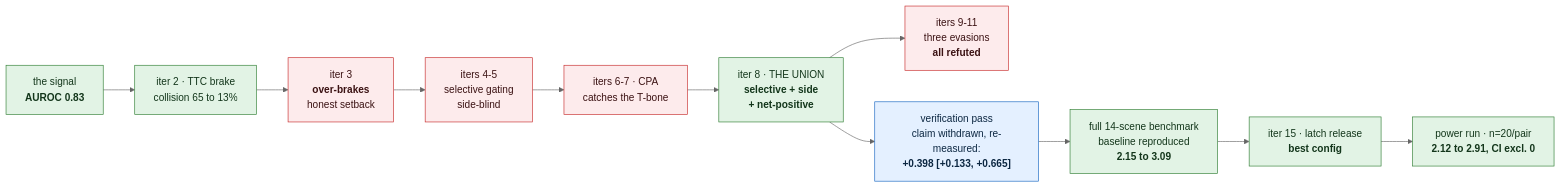
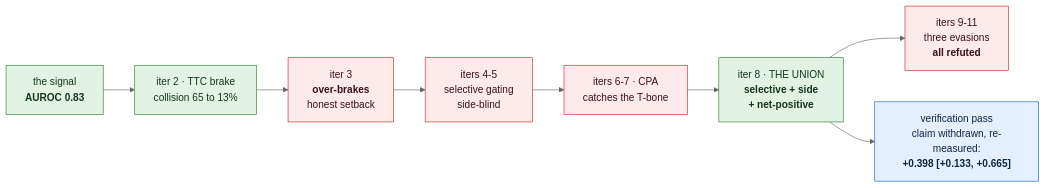
One commit to manfromnowhere143/sentinel changed the first of 4 diagrams in README.md. Above: the diagram before and after it, drawn with Mermaid (neutral theme). The commit also changed other lines of this file, not shown here.

Commit message:
readme: two-act campaign diagram covering iterations 12-17, status paragraph on the definitive n=20 numbers, pre-registered bar marked met, repository map completed

````diff
--- a/README.md
+++ b/README.md
@@ -86,19 +86,16 @@
 ```mermaid
 flowchart LR
   G1["the signal<br/><b>AUROC 0.83</b>"] --> I2["iter 2 · TTC brake<br/>collision 65 to 13%"]
   I2 --> I3["iter 3<br/><b>over-brakes</b><br/>honest setback"]
   I3 --> I45["iters 4-5<br/>selective gating<br/>side-blind"]
   I45 --> I67["iters 6-7 · CPA<br/>catches the T-bone"]
   I67 --> U["iter 8 · THE UNION<br/><b>selective + side<br/>+ net-positive</b>"]
   U --> E9["iters 9-11<br/>three evasions<br/><b>all refuted</b>"]
   U --> V["verification pass<br/>claim withdrawn, re-measured:<br/><b>+0.398 [+0.133, +0.665]</b>"]
-  V --> F14["full 14-scene benchmark<br/>baseline reproduced<br/><b>2.15 to 3.09</b>"]
-  F14 --> R15["iter 15 · latch release<br/><b>best config</b>"]
-  R15 --> P20["power run · n=20/pair<br/><b>2.12 to 2.91, CI excl. 0</b>"]
   classDef win fill:#e2f3e5,stroke:#2e7d32,color:#13361b;
   classDef bad fill:#fdebec,stroke:#c62828,color:#3b1213;
   classDef audit fill:#e4f0ff,stroke:#1565c0,color:#0c2742;
-  class G1,I2,U,F14,R15,P20 win;
+  class G1,I2,U win;
   class I3,I45,I67,E9 bad;
   class V audit;
 ```
````
